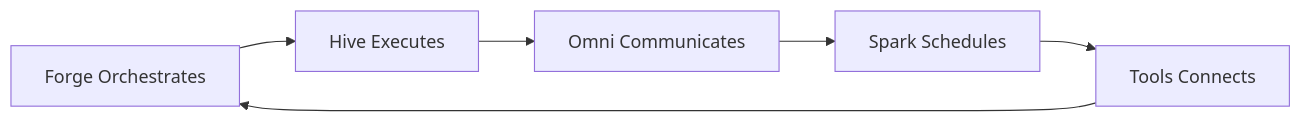
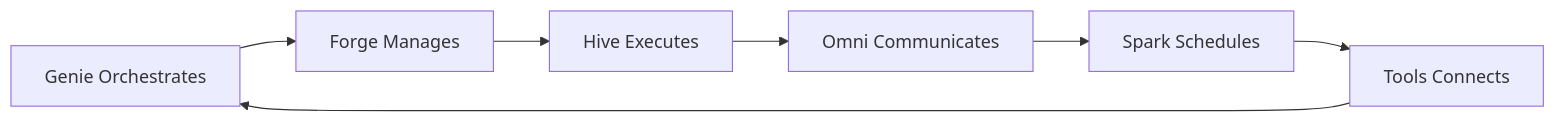
Before and after one commit to namastexlabs/.github: the diagram in profile/README.md, drawn with Mermaid. The commit also changed other lines of this file and 1 other file, not shown here.

First line of the commit message:
Add Automagik Genie to organization profile

````diff
--- a/profile/README.md
+++ b/profile/README.md
@@ -124,8 +138,9 @@
 ```mermaid
 graph LR
-    A[Forge Orchestrates] --> B[Hive Executes]
-    B --> C[Omni Communicates]
-    C --> D[Spark Schedules]
-    D --> E[Tools Connects]
-    E --> A
+    A[Genie Orchestrates] --> B[Forge Manages]
+    B --> C[Hive Executes]
+    C --> D[Omni Communicates]
+    D --> E[Spark Schedules]
+    E --> F[Tools Connects]
+    F --> A
 ```
````
